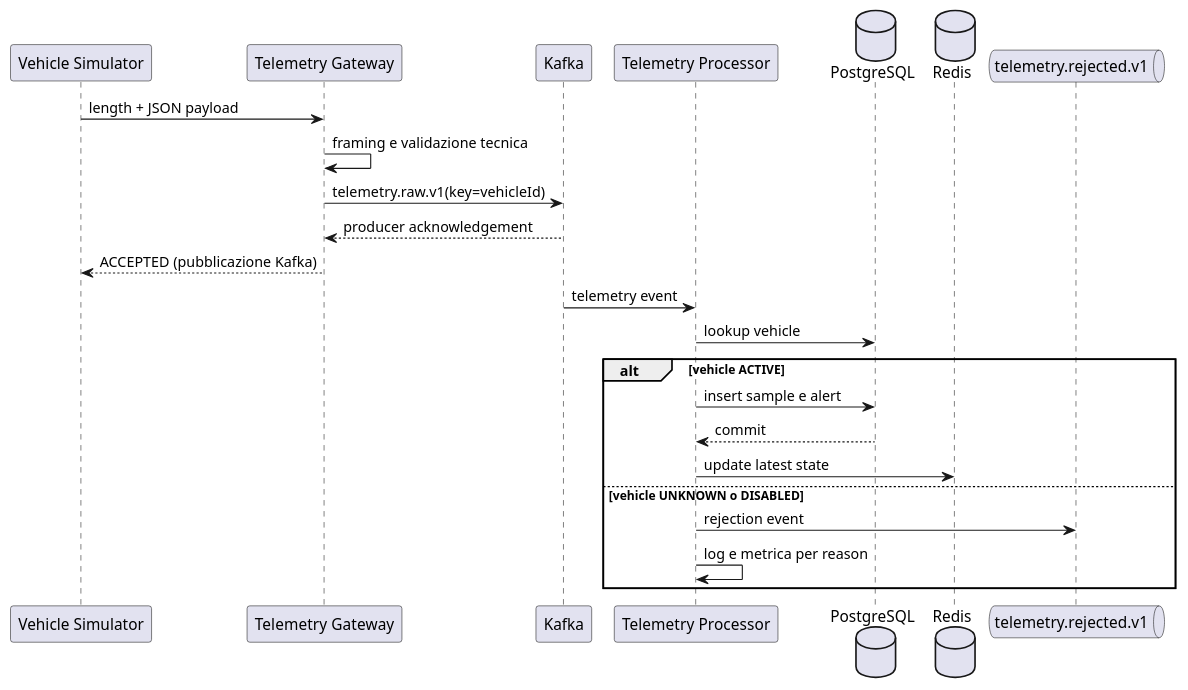
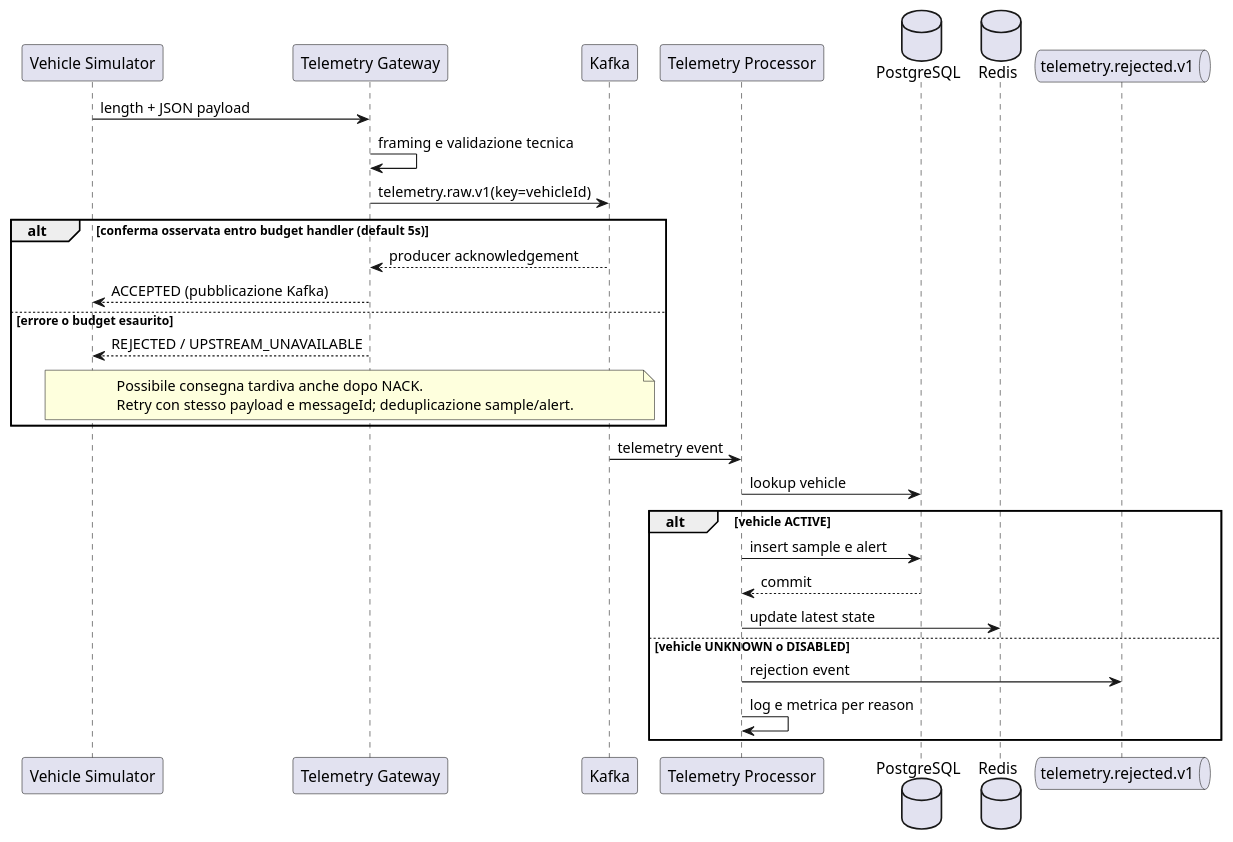
Before and after one commit to val3riot/FleetPulse: the diagram in docs/diagrammi/sequenza-telemetria.puml, drawn with PlantUML. The commit also changed 31 other files, not shown here.

```diff
--- a/docs/diagrammi/sequenza-telemetria.puml
+++ b/docs/diagrammi/sequenza-telemetria.puml
@@ -1,25 +1,33 @@
 @startuml
 participant "Vehicle Simulator" as Simulator
 participant "Telemetry Gateway" as Gateway
 participant Kafka
 participant "Telemetry Processor" as Processor
 database PostgreSQL
 database Redis
 queue "telemetry.rejected.v1" as Rejected
 
 Simulator -> Gateway : length + JSON payload
 Gateway -> Gateway : framing e validazione tecnica
 Gateway -> Kafka : telemetry.raw.v1(key=vehicleId)
-Kafka --> Gateway : producer acknowledgement
-Gateway --> Simulator : ACCEPTED (pubblicazione Kafka)
+alt conferma osservata entro budget handler (default 5s)
+    Kafka --> Gateway : producer acknowledgement
+    Gateway --> Simulator : ACCEPTED (pubblicazione Kafka)
+else errore o budget esaurito
+    Gateway --> Simulator : REJECTED / UPSTREAM_UNAVAILABLE
+    note over Simulator, Kafka
+        Possibile consegna tardiva anche dopo NACK.
+        Retry con stesso payload e messageId; deduplicazione sample/alert.
+    end note
+end
 Kafka -> Processor : telemetry event
 Processor -> PostgreSQL : lookup vehicle
 alt vehicle ACTIVE
     Processor -> PostgreSQL : insert sample e alert
     PostgreSQL --> Processor : commit
     Processor -> Redis : update latest state
 else vehicle UNKNOWN o DISABLED
     Processor -> Rejected : rejection event
     Processor -> Processor : log e metrica per reason
 end
 @enduml
```
